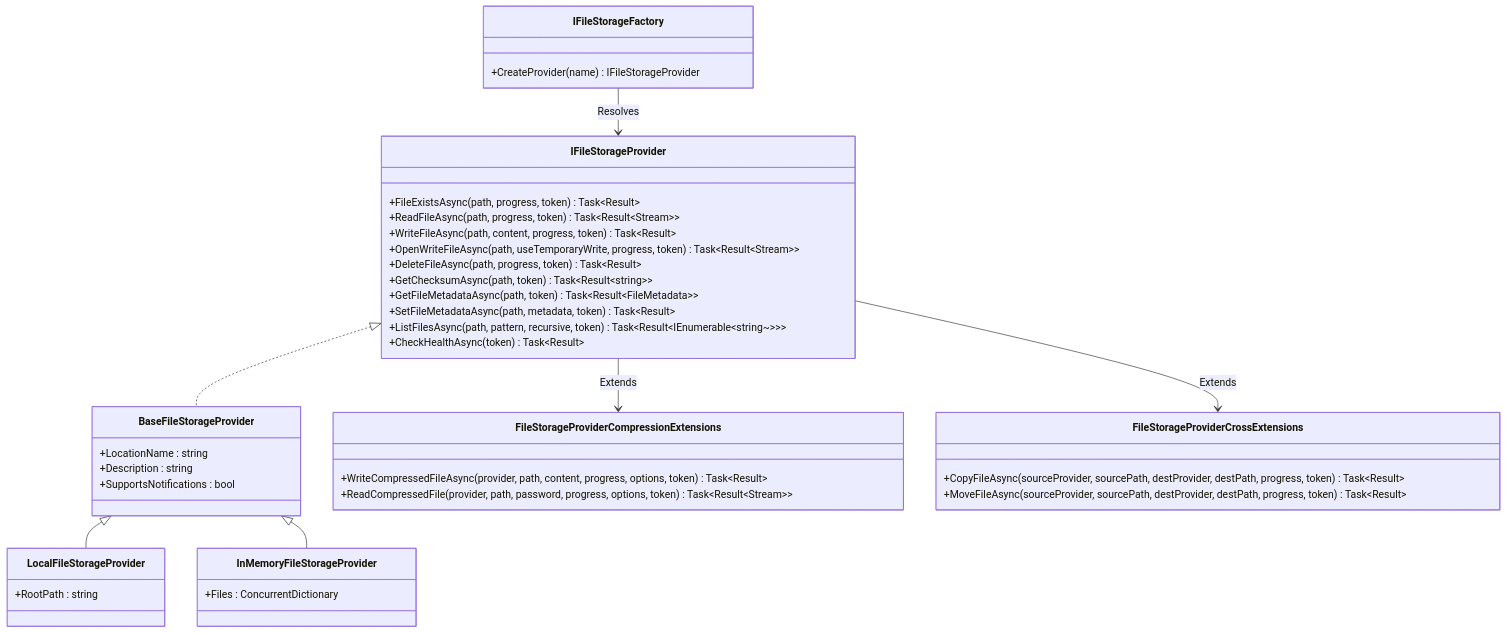
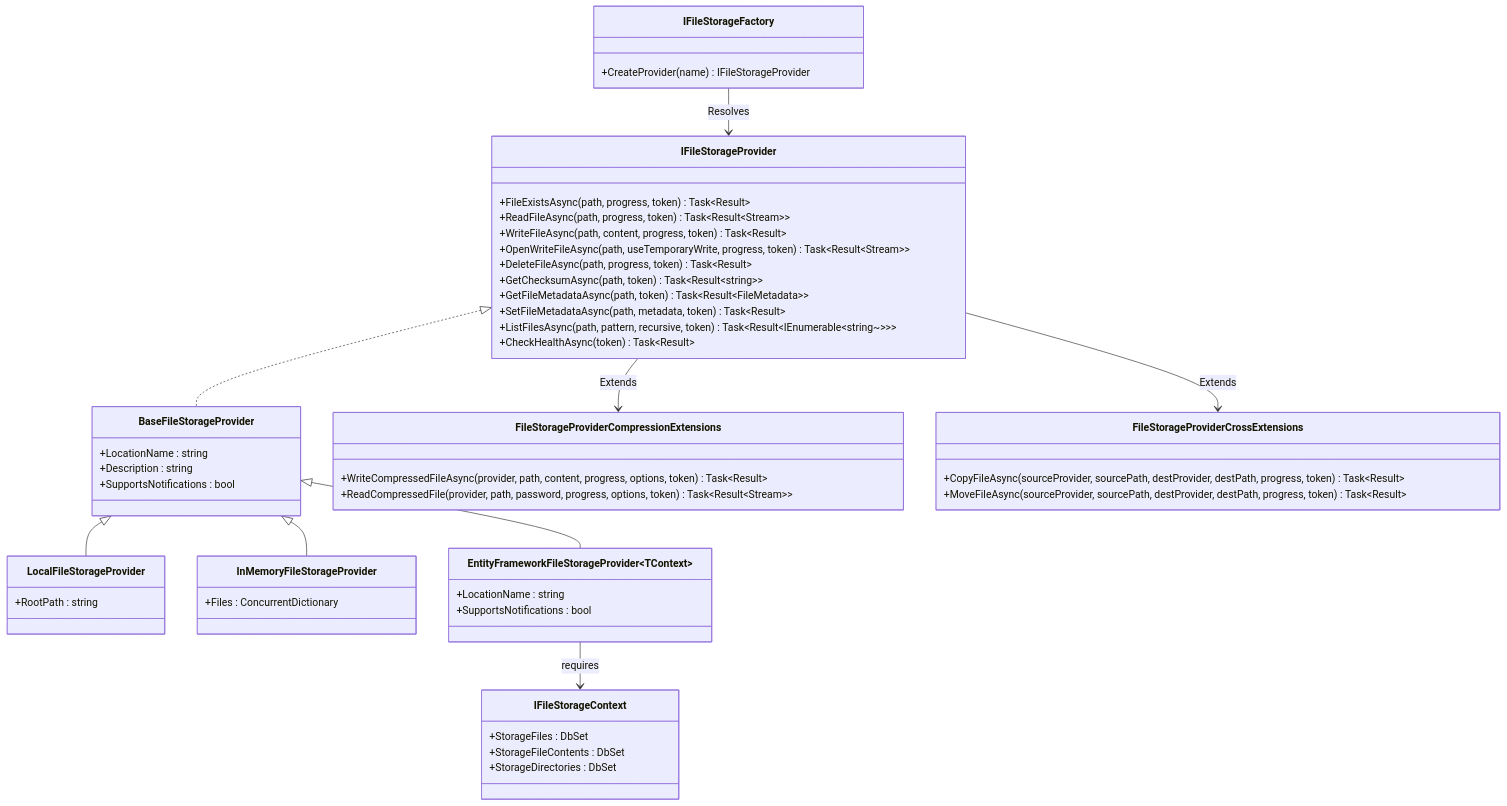
Before and after one commit to BridgingIT-GmbH/bITdevKit: the first of 2 diagrams in docs/features-storage-files.md, drawn with Mermaid. The commit also changed other lines of this file and 26 other files, not shown here.

Commit message:
feat(filestorage): add new entityframework provider for FileStorage

````diff
--- a/docs/features-storage-files.md
+++ b/docs/features-storage-files.md
@@ -25,50 +26,63 @@
 ```mermaid
 classDiagram
     class IFileStorageProvider {
         +FileExistsAsync(path, progress, token) Task~Result~
         +ReadFileAsync(path, progress, token) Task~Result~Stream~~
         +WriteFileAsync(path, content, progress, token) Task~Result~
         +OpenWriteFileAsync(path, useTemporaryWrite, progress, token) Task~Result~Stream~~
         +DeleteFileAsync(path, progress, token) Task~Result~
         +GetChecksumAsync(path, token) Task~Result~string~~
         +GetFileMetadataAsync(path, token) Task~Result~FileMetadata~~
         +SetFileMetadataAsync(path, metadata, token) Task~Result~
         +ListFilesAsync(path, pattern, recursive, token) Task~Result~IEnumerable~string~~~~
         +CheckHealthAsync(token) Task~Result~
     }
 
     class IFileStorageFactory {
         +CreateProvider(name) IFileStorageProvider
     }
 
     class BaseFileStorageProvider {
         +LocationName : string
         +Description : string
         +SupportsNotifications : bool
     }
 
     class LocalFileStorageProvider {
         +RootPath : string
     }
 
     class InMemoryFileStorageProvider {
         +Files : ConcurrentDictionary
     }
 
+    class EntityFrameworkFileStorageProvider~TContext~ {
+        +LocationName : string
+        +SupportsNotifications : bool
+    }
+
+    class IFileStorageContext {
+        +StorageFiles : DbSet
+        +StorageFileContents : DbSet
+        +StorageDirectories : DbSet
+    }
+
     class FileStorageProviderCompressionExtensions {
         +WriteCompressedFileAsync(provider, path, content, progress, options, token) Task~Result~
         +ReadCompressedFile(provider, path, password, progress, options, token) Task~Result~Stream~~
     }
 
     class FileStorageProviderCrossExtensions {
         +CopyFileAsync(sourceProvider, sourcePath, destProvider, destPath, progress, token) Task~Result~
         +MoveFileAsync(sourceProvider, sourcePath, destProvider, destPath, progress, token) Task~Result~
     }
 
     IFileStorageProvider <|.. BaseFileStorageProvider
     BaseFileStorageProvider <|-- LocalFileStorageProvider
     BaseFileStorageProvider <|-- InMemoryFileStorageProvider
+    BaseFileStorageProvider <|-- EntityFrameworkFileStorageProvider~TContext~
+    EntityFrameworkFileStorageProvider~TContext~ --> IFileStorageContext : requires
     IFileStorageProvider --> FileStorageProviderCompressionExtensions : Extends
     IFileStorageProvider --> FileStorageProviderCrossExtensions : Extends
     IFileStorageFactory --> IFileStorageProvider : Resolves
 ```
````
